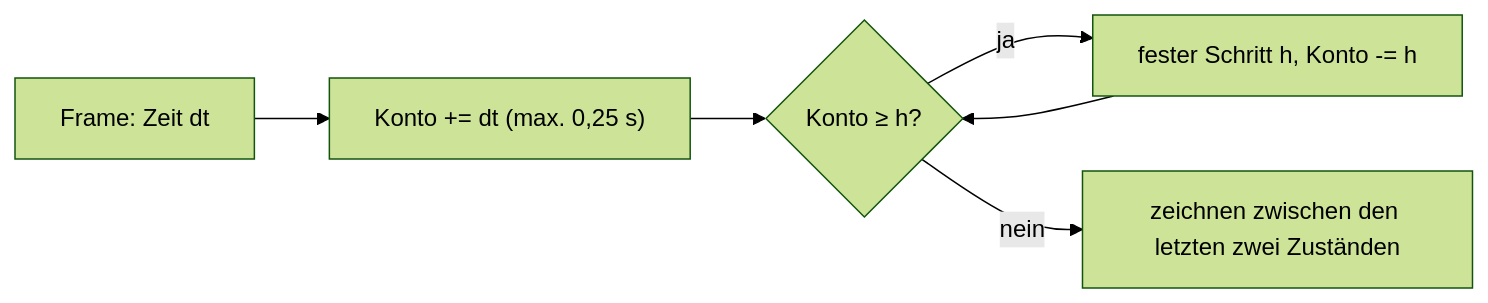
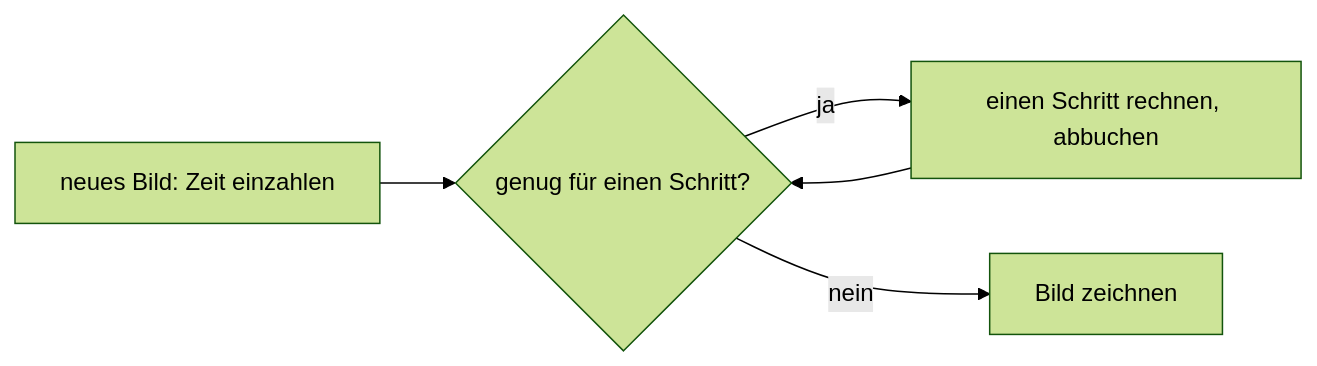
The first of 2 diagrams in kern/docs/buch-gruen/C-grundlagen-physik.md (ChristianHohlfeld/kernengine.de), drawn with Mermaid (forest theme) before and after one commit. The commit also changed other lines of this file and 2 other files, not shown here.

````diff
--- a/kern/docs/buch-gruen/C-grundlagen-physik.md
+++ b/kern/docs/buch-gruen/C-grundlagen-physik.md
@@ -82,8 +111,7 @@
 ```mermaid
 flowchart LR
-  F["Frame: Zeit dt"] --> A["Konto += dt (max. 0,25 s)"]
-  A --> L{"Konto ≥ h?"}
-  L -->|ja| S["fester Schritt h, Konto -= h"]
+  F["neues Bild: Zeit einzahlen"] --> L{"genug für einen Schritt?"}
+  L -->|ja| S["einen Schritt rechnen, abbuchen"]
   S --> L
-  L -->|nein| R["zeichnen zwischen den letzten zwei Zuständen"]
+  L -->|nein| R["Bild zeichnen"]
 ```
````
